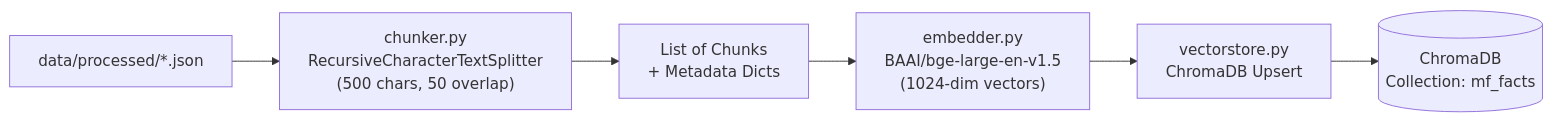
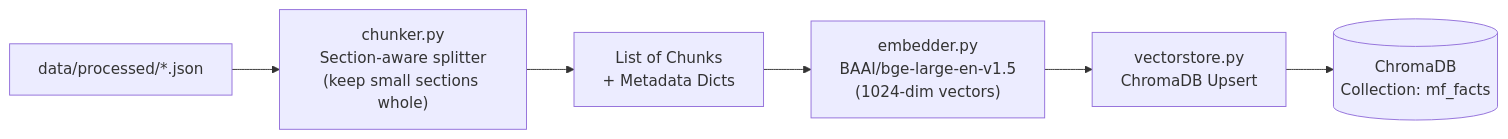
The second of 6 diagrams in docs/implementation-plan.md (ganeshkondaveeti/rag-chatbot), drawn with Mermaid before and after one commit. The commit also changed other lines of this file and 45 other files, not shown here.

````diff
--- a/docs/implementation-plan.md
+++ b/docs/implementation-plan.md
@@ -316,8 +316,8 @@
 ```mermaid
 flowchart LR
-    A["data/processed/*.json"] --> B["chunker.py\nRecursiveCharacterTextSplitter\n(500 chars, 50 overlap)"]
+    A["data/processed/*.json"] --> B["chunker.py\nSection-aware splitter\n(keep small sections whole)"]
     B --> C["List of Chunks\n+ Metadata Dicts"]
     C --> D["embedder.py\nBAAI/bge-large-en-v1.5\n(1024-dim vectors)"]
     D --> E["vectorstore.py\nChromaDB Upsert"]
     E --> F[("ChromaDB\nCollection: mf_facts")]
 ```
````
